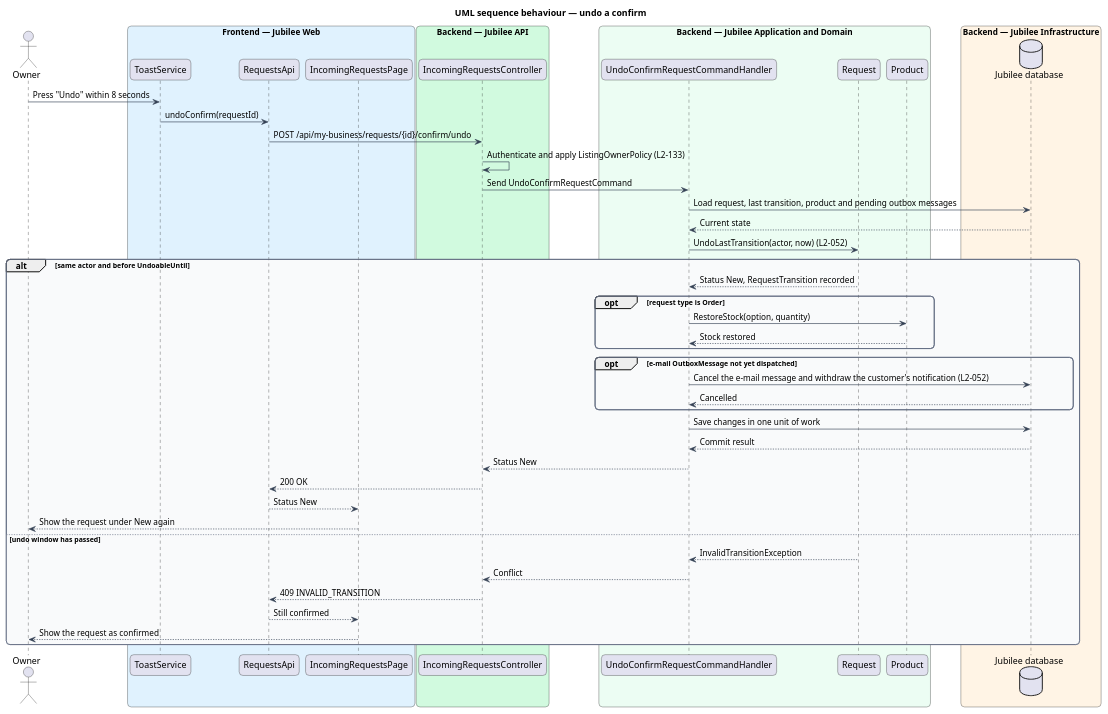
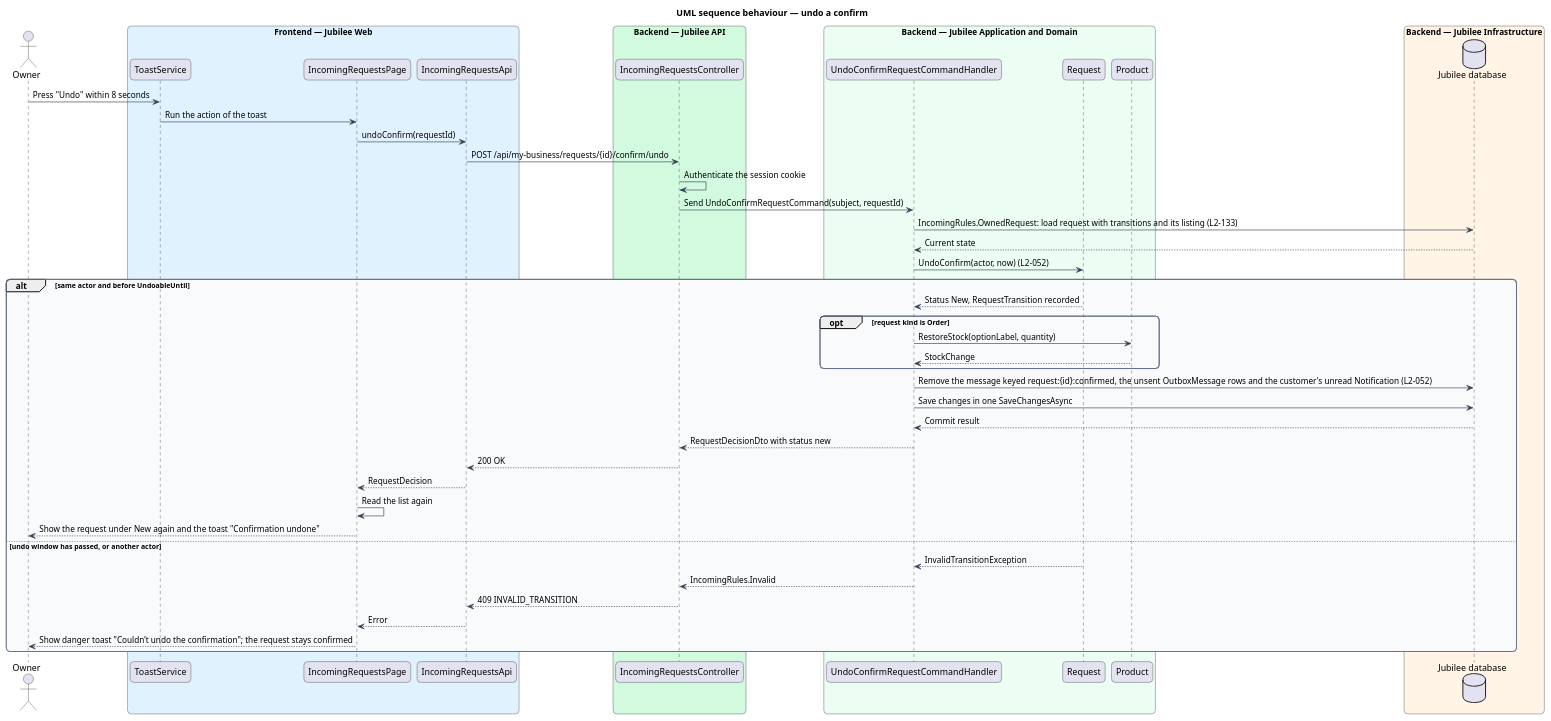
Before and after one commit to QuinntyneBrown/jubilee: the diagram in docs/detailed-designs/requests/confirm-request/diagrams/sequence-undo-confirm.puml, drawn with PlantUML. The commit also changed 35 other files, not shown here.

```diff
--- a/docs/detailed-designs/requests/confirm-request/diagrams/sequence-undo-confirm.puml
+++ b/docs/detailed-designs/requests/confirm-request/diagrams/sequence-undo-confirm.puml
@@ -1,65 +1,64 @@
 @startuml
 title UML sequence behaviour — undo a confirm
 skinparam backgroundColor #FFFFFF
 skinparam shadowing false
 skinparam roundcorner 12
 skinparam defaultFontName Arial
 skinparam ArrowColor #344054
 skinparam rectangle {
   BorderColor #344054
   FontColor #101828
 }
 skinparam package {
   BorderColor #667085
   FontColor #101828
   BackgroundColor #F9FAFB
 }
 actor "Owner" as actor
 box "Frontend — Jubilee Web" #E0F2FE
   participant "ToastService" as toast
-  participant "RequestsApi" as client
   participant "IncomingRequestsPage" as page
+  participant "IncomingRequestsApi" as client
 end box
 box "Backend — Jubilee API" #D1FADF
   participant "IncomingRequestsController" as controller
 end box
 box "Backend — Jubilee Application and Domain" #ECFDF3
   participant "UndoConfirmRequestCommandHandler" as handler
   participant "Request" as entity
   participant "Product" as product
 end box
 box "Backend — Jubilee Infrastructure" #FFF4E5
   database "Jubilee database" as db
 end box
 actor -> toast : Press "Undo" within 8 seconds
-toast -> client : undoConfirm(requestId)
+toast -> page : Run the action of the toast
+page -> client : undoConfirm(requestId)
 client -> controller : POST /api/my-business/requests/{id}/confirm/undo
-controller -> controller : Authenticate and apply ListingOwnerPolicy (L2-133)
-controller -> handler : Send UndoConfirmRequestCommand
-handler -> db : Load request, last transition, product and pending outbox messages
+controller -> controller : Authenticate the session cookie
+controller -> handler : Send UndoConfirmRequestCommand(subject, requestId)
+handler -> db : IncomingRules.OwnedRequest: load request with transitions and its listing (L2-133)
 db --> handler : Current state
-handler -> entity : UndoLastTransition(actor, now) (L2-052)
+handler -> entity : UndoConfirm(actor, now) (L2-052)
 alt same actor and before UndoableUntil
   entity --> handler : Status New, RequestTransition recorded
-  opt request type is Order
-    handler -> product : RestoreStock(option, quantity)
-    product --> handler : Stock restored
+  opt request kind is Order
+    handler -> product : RestoreStock(optionLabel, quantity)
+    product --> handler : StockChange
   end
-  opt e-mail OutboxMessage not yet dispatched
-    handler -> db : Cancel the e-mail message and withdraw the customer's notification (L2-052)
-    db --> handler : Cancelled
-  end
-  handler -> db : Save changes in one unit of work
+  handler -> db : Remove the message keyed request:{id}:confirmed, the unsent OutboxMessage rows and the customer's unread Notification (L2-052)
+  handler -> db : Save changes in one SaveChangesAsync
   db --> handler : Commit result
-  handler --> controller : Status New
+  handler --> controller : RequestDecisionDto with status new
   controller --> client : 200 OK
-  client --> page : Status New
-  page --> actor : Show the request under New again
-else undo window has passed
+  client --> page : RequestDecision
+  page -> page : Read the list again
+  page --> actor : Show the request under New again and the toast "Confirmation undone"
+else undo window has passed, or another actor
   entity --> handler : InvalidTransitionException
-  handler --> controller : Conflict
+  handler --> controller : IncomingRules.Invalid
   controller --> client : 409 INVALID_TRANSITION
-  client --> page : Still confirmed
-  page --> actor : Show the request as confirmed
+  client --> page : Error
+  page --> actor : Show danger toast "Couldn’t undo the confirmation"; the request stays confirmed
 end
 @enduml
```
